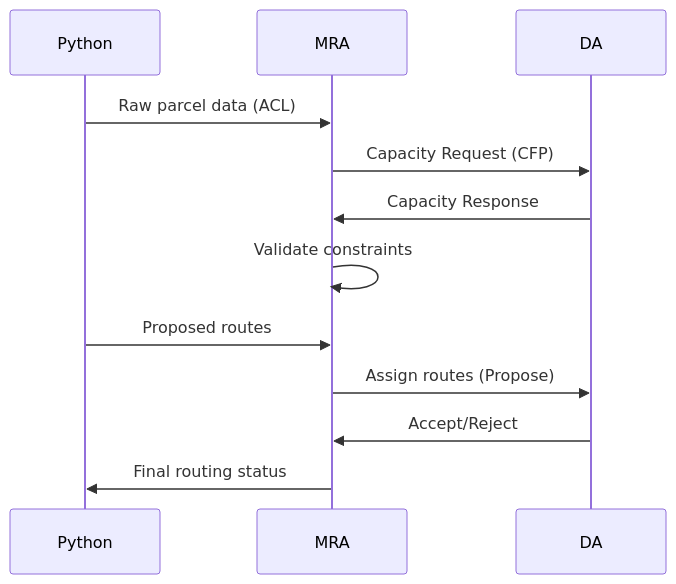
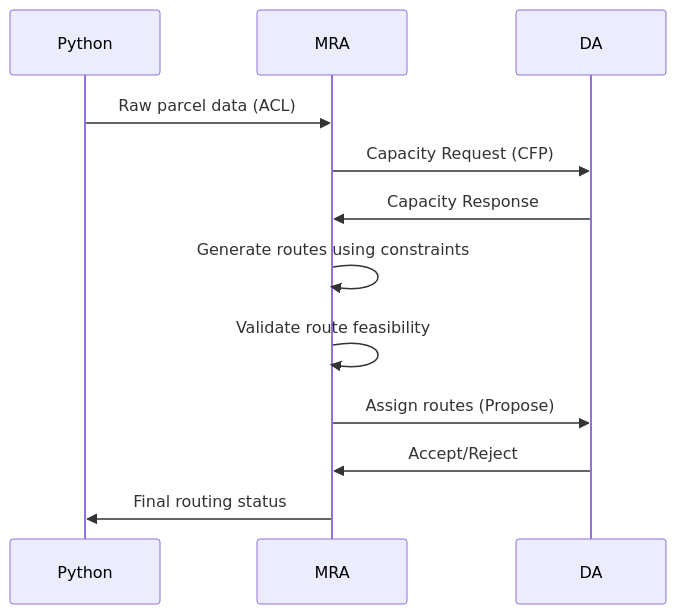
Before and after one commit to darklorddad/Swinburne_COS30018_IS_Delivery_Vehicle_Routing_System: the diagram in .github/ISSUE_TEMPLATE/mra-enhancements.md, drawn with Mermaid. The commit also changed other lines of this file, not shown here.

Commit message:
docs: update MRA enhancement issue template with new requirements

````diff
--- a/.github/ISSUE_TEMPLATE/mra-enhancements.md
+++ b/.github/ISSUE_TEMPLATE/mra-enhancements.md
@@ -35,14 +42,14 @@
 ```mermaid
 sequenceDiagram
     participant Python
     participant MRA
     participant DA
     Python->>MRA: Raw parcel data (ACL)
     MRA->>DA: Capacity Request (CFP)
     DA->>MRA: Capacity Response
-    MRA->>MRA: Validate constraints
-    Python->>MRA: Proposed routes 
+    MRA->>MRA: Generate routes using constraints
+    MRA->>MRA: Validate route feasibility
     MRA->>DA: Assign routes (Propose)
     DA->>MRA: Accept/Reject
     MRA->>Python: Final routing status
 ```
````
